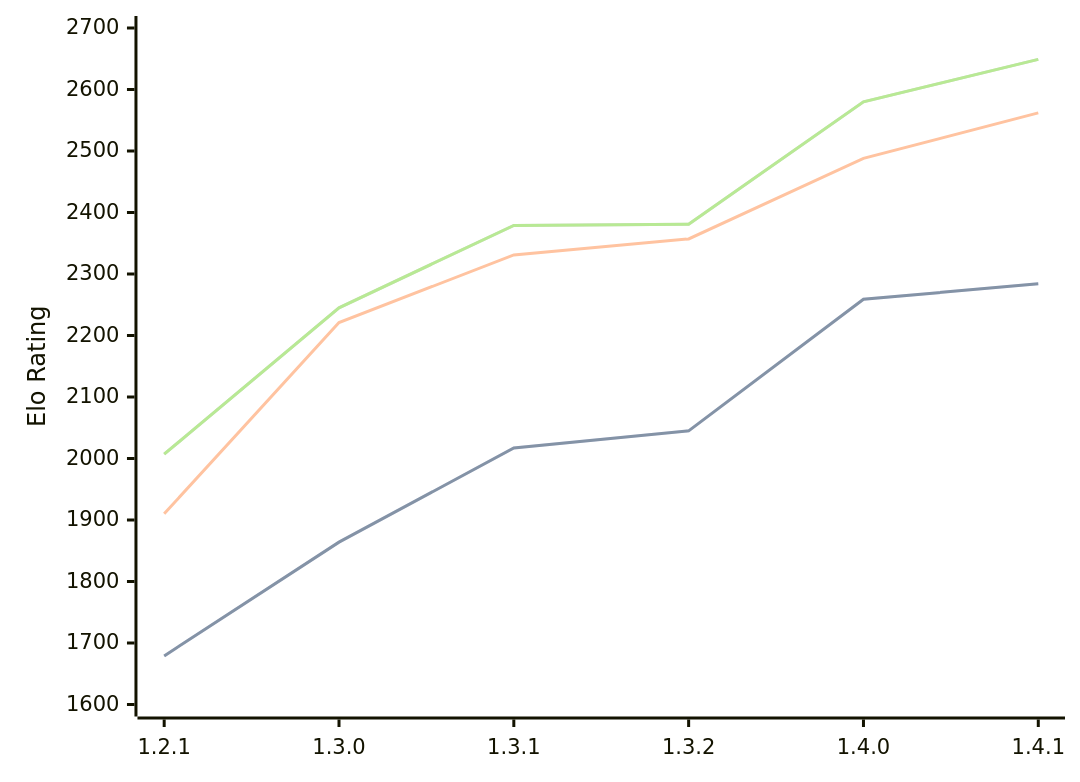
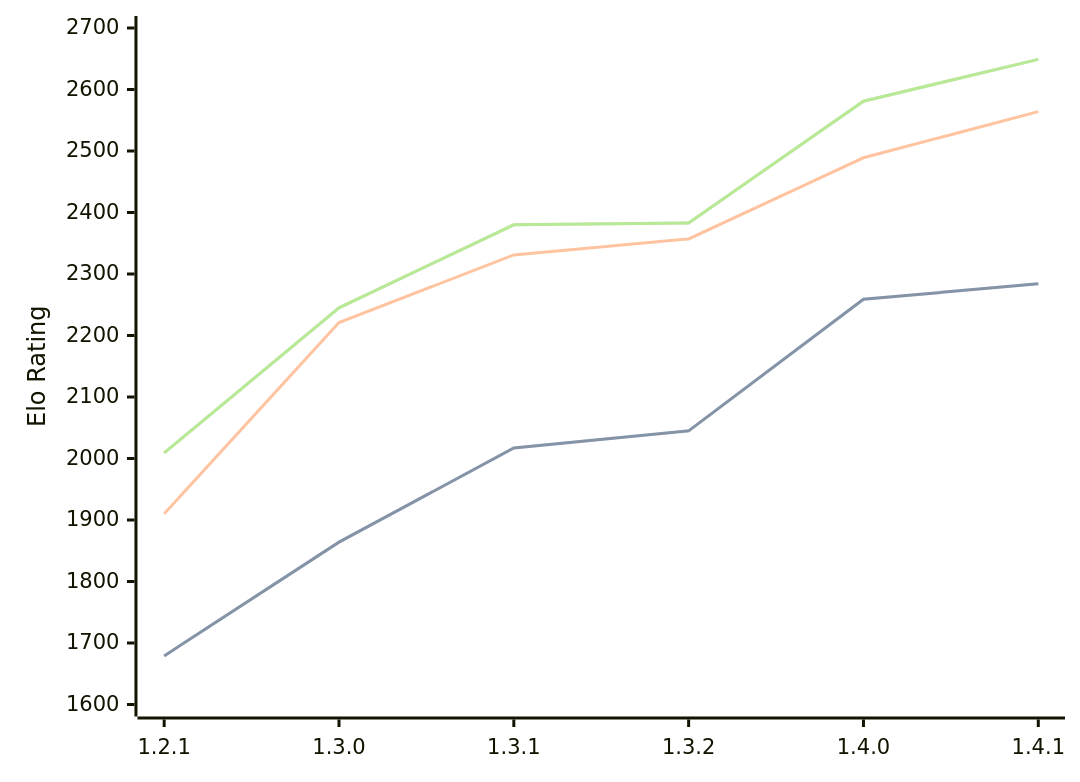
Before and after one commit to computer-chess-index/cci: the diagram in engines/Chal.md, drawn with Mermaid. The commit also changed other lines of this file, not shown here.

Commit message:
Update CCI Ratings (ELO VLTC) - 2026-08-25

````diff
--- a/engines/Chal.md
+++ b/engines/Chal.md
@@ -36,11 +36,11 @@
 ```mermaid
 %%{init: {"theme":"base","themeVariables":{"seriesColors:['#a3a3a3','#222221','#faa371']}}}%%
 xychart-beta
   x-axis ["1.2.1", "1.3.0", "1.3.1", "1.3.2", "1.4.0", "1.4.1"]
   y-axis "Elo Rating" 1600 --> 2700
   line "STC (8.0+0.08s)" [1679, 1864, 2017, 2045, 2259, 2284]
   line "STC (8.0+0.08s)" [1679, 1864, 2017, 2045, 2259, 2284]
-  line "LTC (60.0+0.60s)" [1910, 2221, 2331, 2357, 2488, 2562]
-  line "VLTC (2m24s+1.12s)" [2007, 2245, 2379, 2381, 2580, 2649]
-  line "VLTC (2m24s+1.12s)" [2007, 2245, 2379, 2381, 2580, 2649]
+  line "LTC (60.0+0.60s)" [1910, 2221, 2331, 2357, 2489, 2564]
+  line "VLTC (2m24s+1.12s)" [2009, 2245, 2380, 2383, 2581, 2649]
+  line "VLTC (2m24s+1.12s)" [2009, 2245, 2380, 2383, 2581, 2649]
 ```
````
